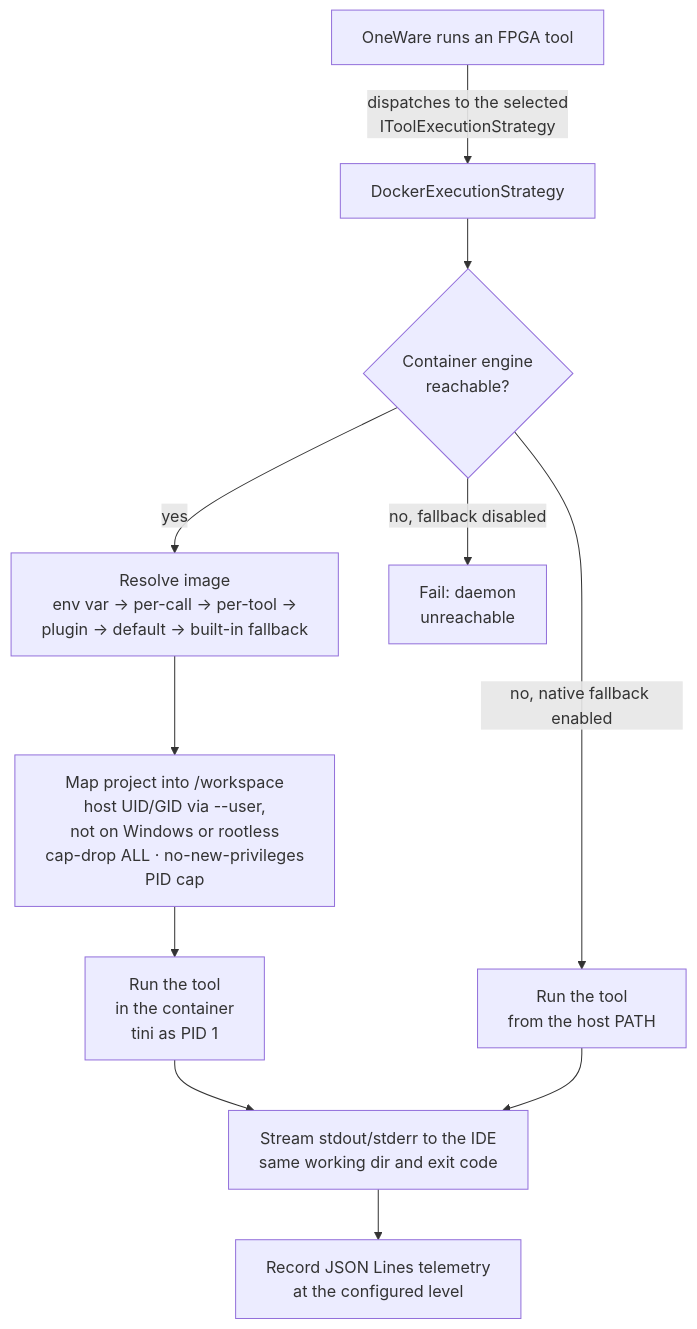
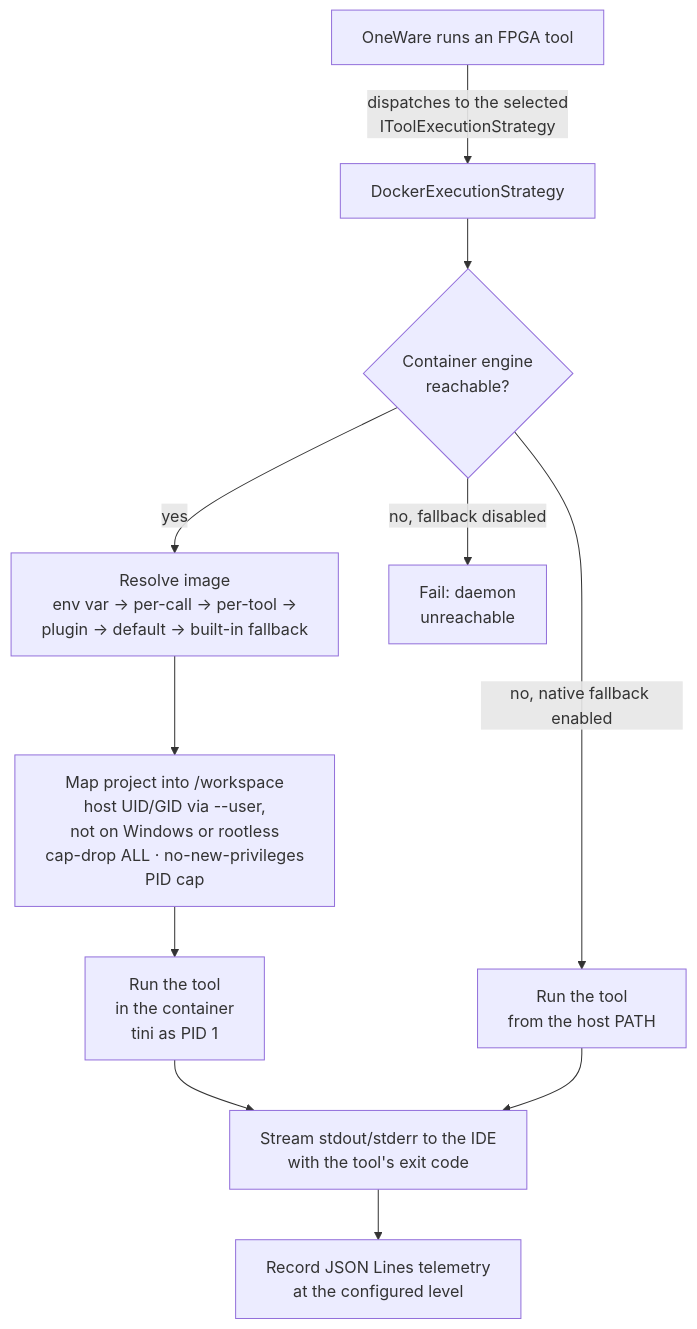
One commit to FEntwumS/FEntwumS.ContainerExtension changed the diagram in README.md. Above: the diagram before and after it, drawn with Mermaid. The commit also changed other lines of this file and 9 other files, not shown here.

````diff
--- a/README.md
+++ b/README.md
@@ -55,18 +55,18 @@
 ```mermaid
 ---
 config:
   flowchart:
     wrappingWidth: 400
 ---
 flowchart TD
     A[OneWare runs an FPGA tool] -->|dispatches to the selected<br/>IToolExecutionStrategy| B[DockerExecutionStrategy]
     B --> C{Container engine<br/>reachable?}
     C -->|yes| D[Resolve image<br/>env var → per-call → per-tool →<br/>plugin → default → built-in fallback]
     D --> E[Map project into /workspace<br/>host UID/GID via --user,<br/>not on Windows or rootless<br/>cap-drop ALL · no-new-privileges<br/>PID cap]
     E --> F[Run the tool<br/>in the container<br/>tini as PID 1]
     C -->|no, native fallback enabled| G[Run the tool<br/>from the host PATH]
     C -->|no, fallback disabled| H[Fail: daemon<br/>unreachable]
-    F --> I[Stream stdout/stderr to the IDE<br/>same working dir and exit code]
+    F --> I[Stream stdout/stderr to the IDE<br/>with the tool's exit code]
     G --> I
     I --> J[Record JSON Lines telemetry<br/>at the configured level]
 ```
````
